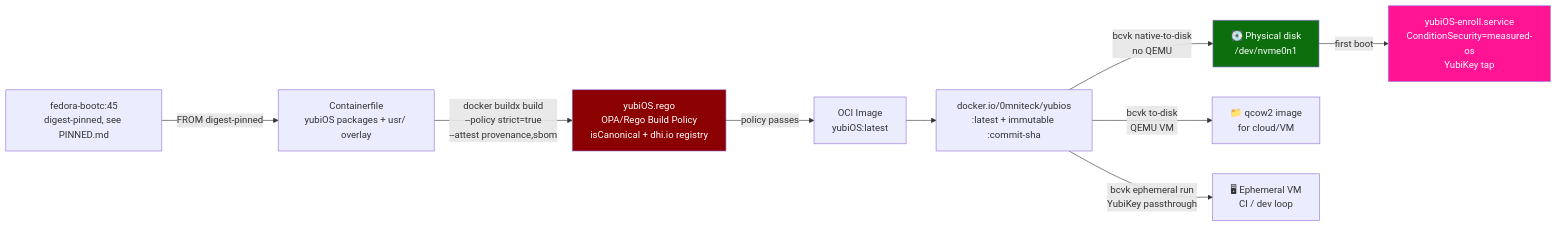
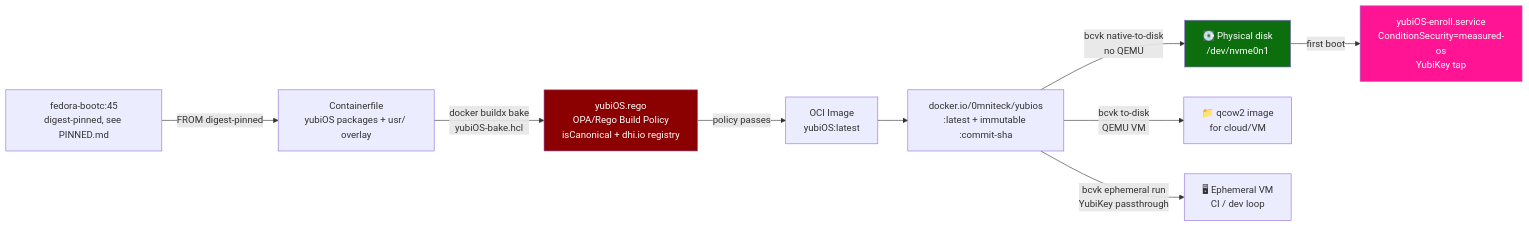
The eighth of 11 diagrams in ARCHITECTURE.md (corning-croak-cable/yubiOS), drawn with Mermaid before and after one commit. The commit also changed other lines of this file and 13 other files, not shown here.

Commit message:
docs: refresh architecture and add arm64 installer

````diff
--- a/ARCHITECTURE.md
+++ b/ARCHITECTURE.md
@@ -168,23 +226,23 @@
 ```mermaid
 graph LR
     BASE["fedora-bootc:45\ndigest-pinned, see PINNED.md"]
     CF["Containerfile\nyubiOS packages + usr/ overlay"]
     REGO["yubiOS.rego\nOPA/Rego Build Policy\nisCanonical + dhi.io registry"]
     OCI["OCI Image\nyubiOS:latest"]
     REG["docker.io/0mniteck/yubios\n:latest + immutable :commit-sha"]
 
     BASE -->|FROM digest-pinned| CF
-    CF -->|docker buildx build\n--policy strict=true\n--attest provenance,sbom| REGO
+    CF -->|docker buildx bake\nyubiOS-bake.hcl| REGO
     REGO -->|policy passes| OCI
     OCI --> REG
 
     REG -->|bcvk native-to-disk\nno QEMU| HW["💽 Physical disk\n/dev/nvme0n1"]
     REG -->|bcvk to-disk\nQEMU VM| IMG["📁 qcow2 image\nfor cloud/VM"]
     REG -->|bcvk ephemeral run\nYubiKey passthrough| VM["🖥 Ephemeral VM\nCI / dev loop"]
 
     HW -->|first boot| ENROLL["yubiOS-enroll.service\nConditionSecurity=measured-os\nYubiKey tap"]
 
     style REGO fill:#8b0000,color:#fff
     style HW fill:#0d6e0d,color:#fff
     style ENROLL fill:#ff1493,color:#fff
 ```
````
